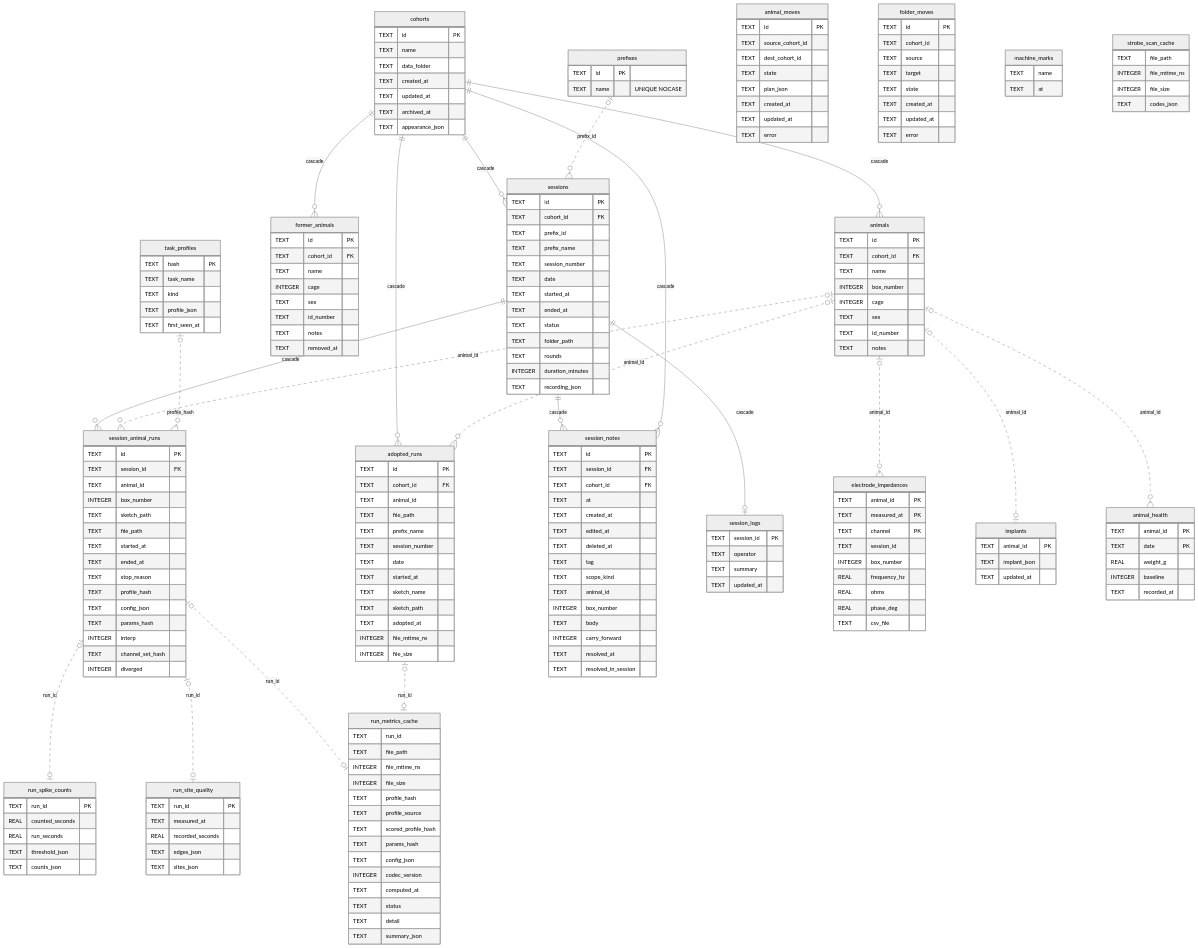
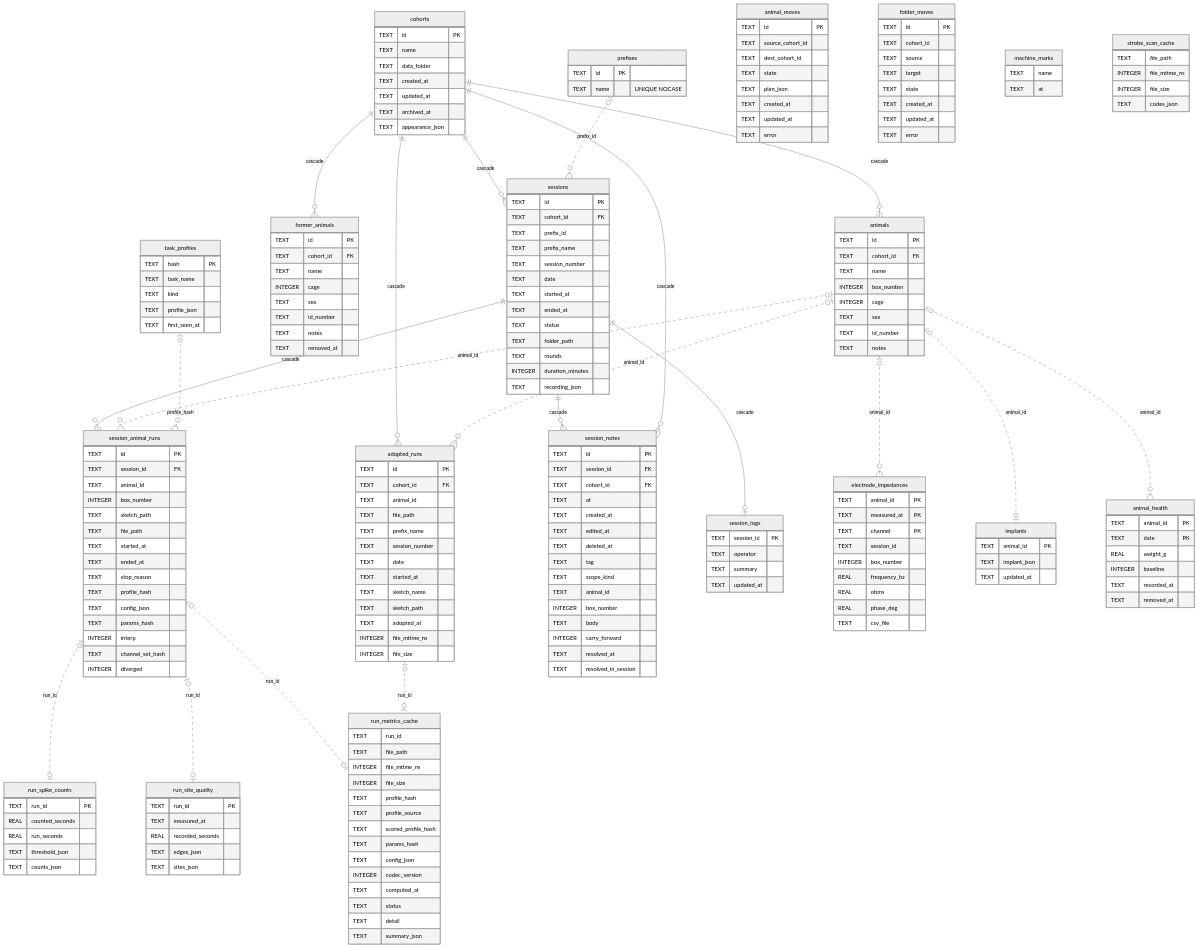
Before and after one commit to Chase-NJ/Ephymeris: the fourth of 5 diagrams in docs/DATA.md, drawn with Mermaid (neutral theme). The commit also changed other lines of this file and 26 other files, not shown here.

```diff
--- a/docs/DATA.md
+++ b/docs/DATA.md
@@ -586,6 +620,7 @@
         REAL weight_g
         INTEGER baseline
         TEXT recorded_at
+        TEXT removed_at
     }
     session_notes {
         TEXT id PK
```
